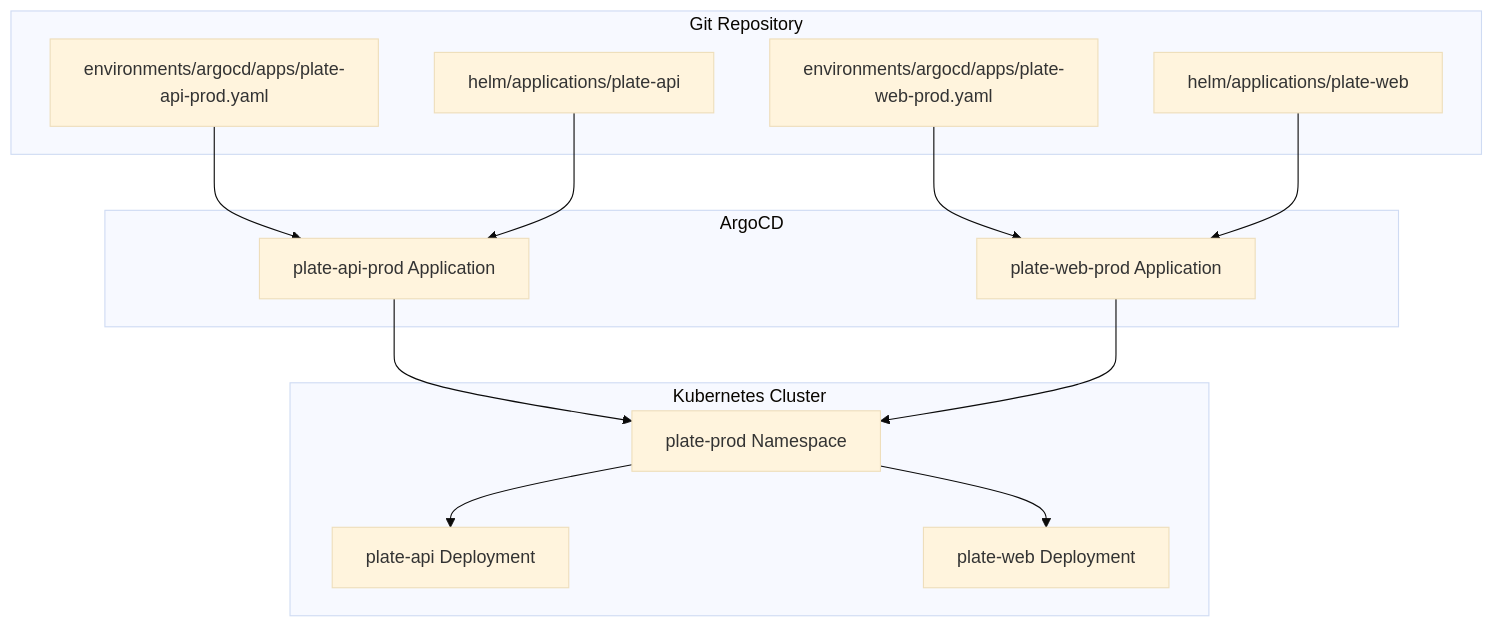
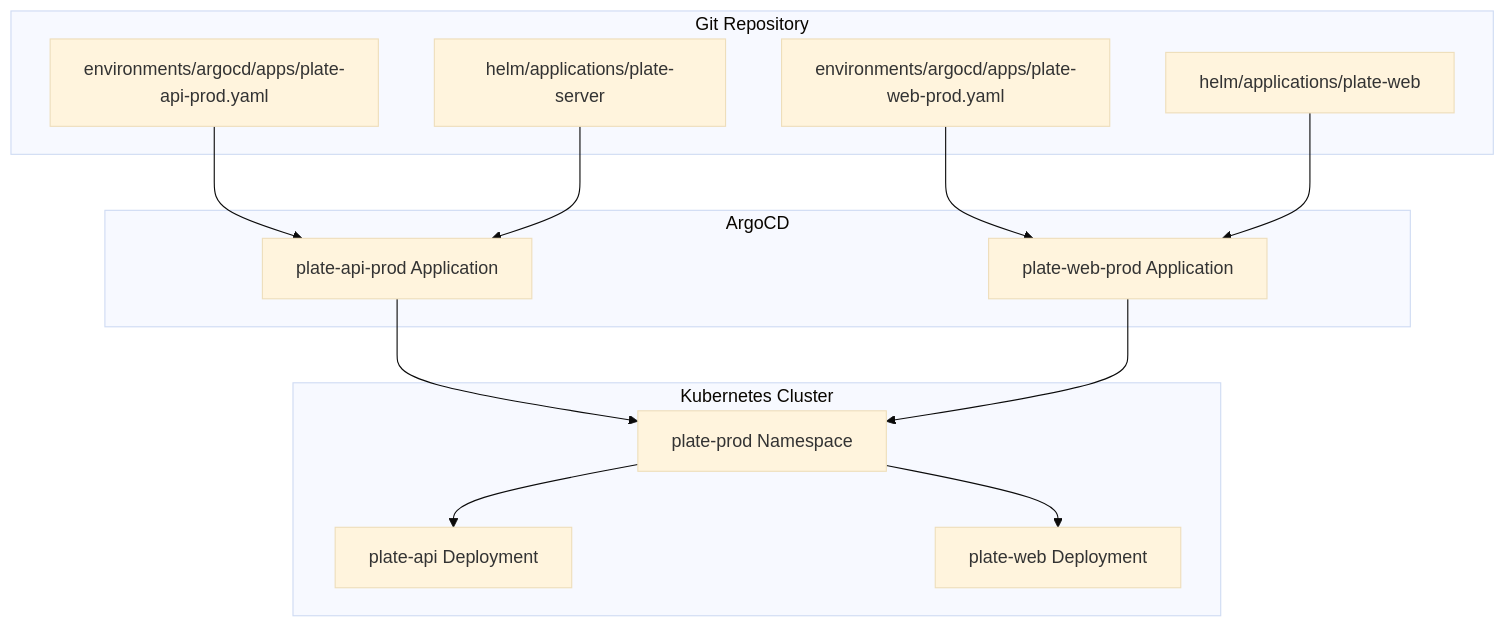
The second of 4 diagrams in .qoder/repowiki/ko/content/핵심 구현/주요 진입점/프로덕션 환경 배포 (deploy-prod.sh).md (kimjoongwon/prj-devops), drawn with Mermaid (base theme) before and after one commit. The commit also changed other lines of this file and 60 other files, not shown here.

First line of the commit message:
docs(helm): plate-api 관련 문서의 Helm 경로를 plate-server로 변경

````diff
--- a/.qoder/repowiki/ko/content/핵심 구현/주요 진입점/프로덕션 환경 배포 (deploy-prod.sh).md
+++ b/.qoder/repowiki/ko/content/핵심 구현/주요 진입점/프로덕션 환경 배포 (deploy-prod.sh).md
@@ -58,26 +58,26 @@
 ```mermaid
 graph TB
 subgraph "Git Repository"
-A["helm/applications/plate-api"]
+A["helm/applications/plate-server"]
 B["helm/applications/plate-web"]
 C["environments/argocd/apps/plate-api-prod.yaml"]
 D["environments/argocd/apps/plate-web-prod.yaml"]
 end
 subgraph "ArgoCD"
 E["plate-api-prod Application"]
 F["plate-web-prod Application"]
 end
 subgraph "Kubernetes Cluster"
 G["plate-prod Namespace"]
 H["plate-api Deployment"]
 I["plate-web Deployment"]
 end
 C --> E
 A --> E
 D --> F
 B --> F
 E --> G
 F --> G
 G --> H
 G --> I
 ```
````
